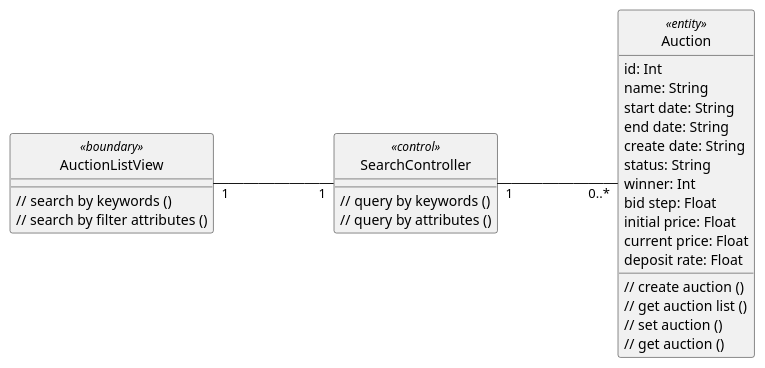
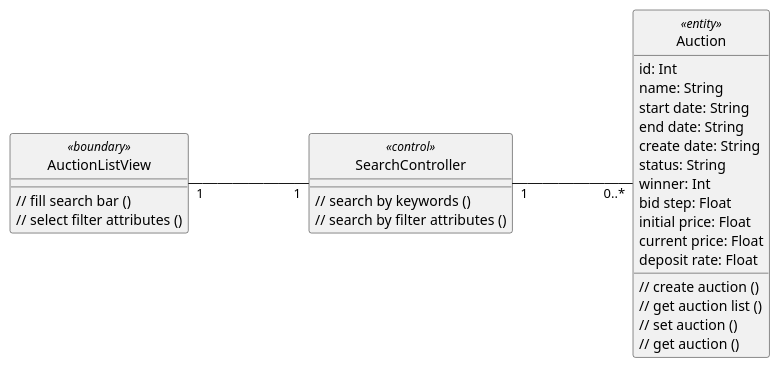
One commit to anhbanlinhle/velocity-exchange changed the diagram in uml/analysis/class/search_for_auction.pu. Above: the diagram before and after it, drawn with PlantUML.

Commit message:
doc[lynn]: analysis vopc no. 6

```diff
--- a/uml/analysis/class/search_for_auction.pu
+++ b/uml/analysis/class/search_for_auction.pu
@@ -1,45 +1,45 @@
 @startuml 
 skinparam classAttributeIconSize 0
 skinparam linetype ortho
 left to right direction
 hide circle
 class AuctionListView <<boundary>> {
 
-    // search by keywords ()
-    // search by filter attributes ()
+    // fill search bar ()
+    // select filter attributes ()
 
     }
 
 class SearchController <<control>> {
     
-    // query by keywords ()
-    // query by attributes ()
+    // search by keywords ()
+    // search by filter attributes ()
 
     }
 
 class Auction <<entity>> {
     id: Int
     name: String
     start date: String
     end date: String
     create date: String
     status: String
     winner: Int
     bid step: Float
     initial price: Float
     current price: Float
     deposit rate: Float
     // create auction ()
     // get auction list ()
     // set auction ()
     // get auction ()
 
     }
 
 
 AuctionListView "1" --- "1" SearchController
 
 SearchController "1" --- "0..*" Auction
 
 
 @enduml
```
